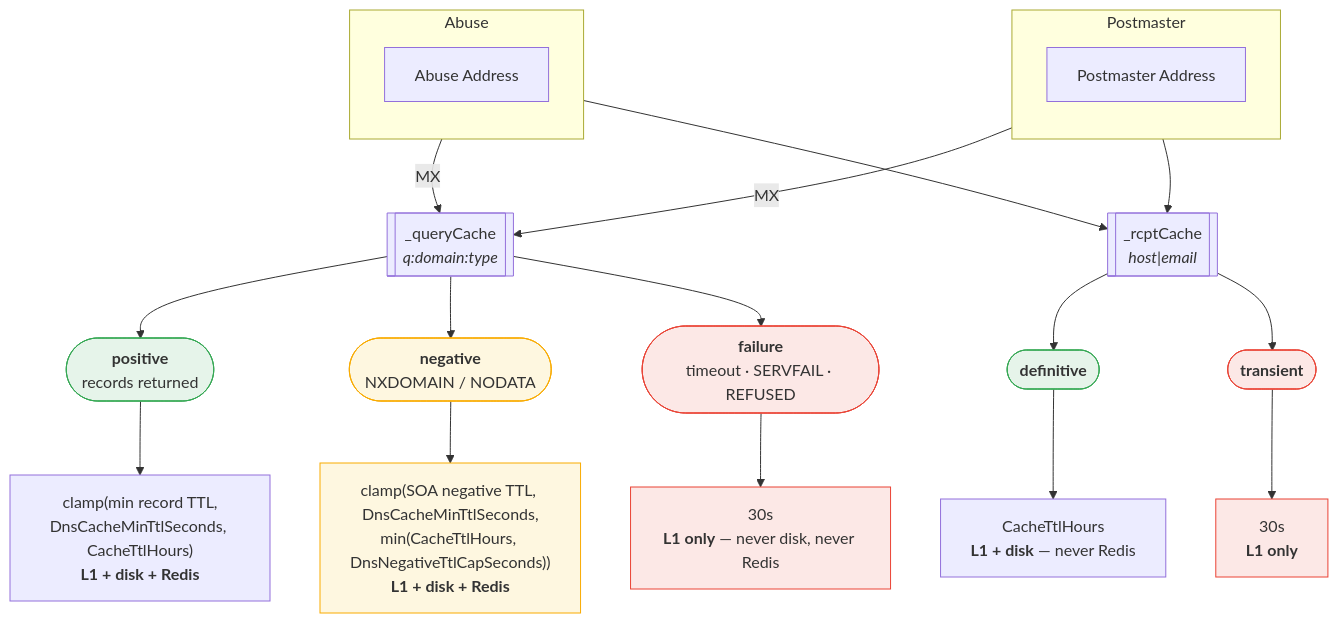
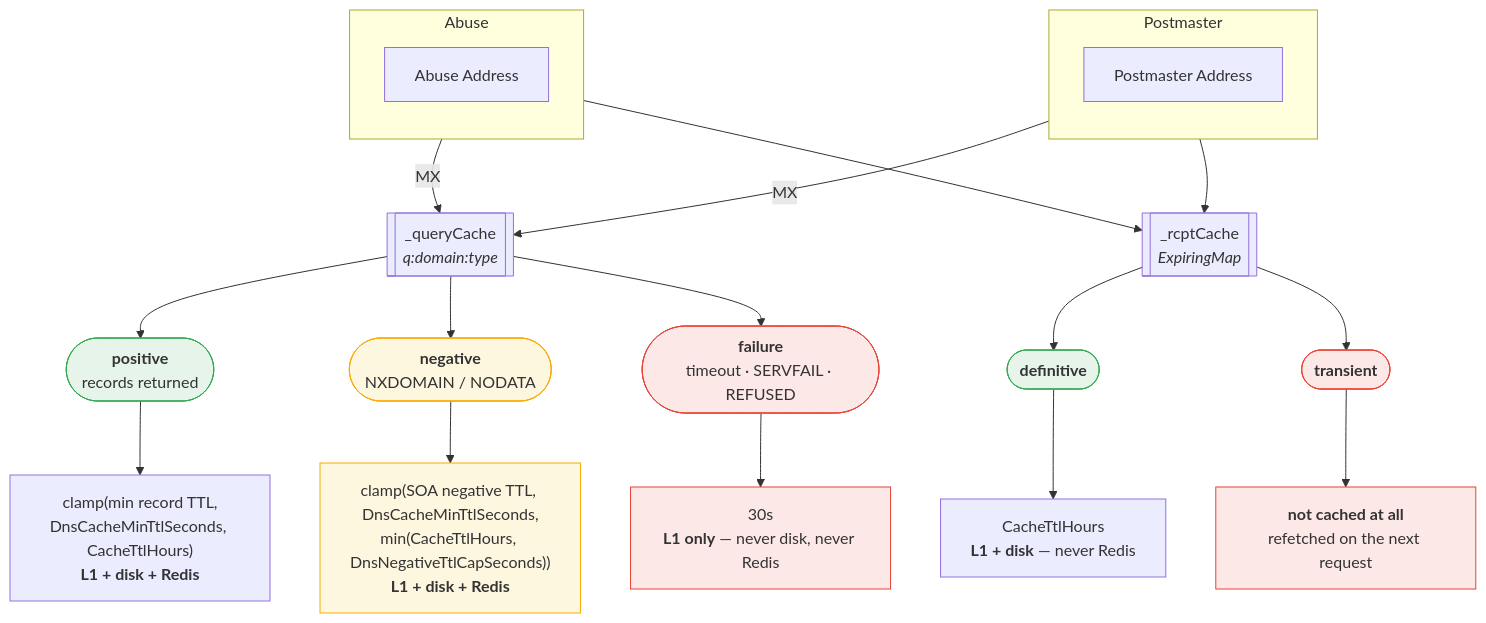
The sixth of 10 diagrams in docs/cache-behaviour-map.md (pkinerd/ednsv), drawn with Mermaid before and after one commit. The commit also changed other lines of this file and 1 other file, not shown here.

First line of the commit message:
Reconcile the cache map against the code, and correct three caches

````diff
--- a/docs/cache-behaviour-map.md
+++ b/docs/cache-behaviour-map.md
@@ -516,45 +534,45 @@
 ```mermaid
 flowchart TD
     subgraph GNPostmaster["Postmaster"]
         direction TB
         NPostmasterAddress["Postmaster Address"]
     end
     subgraph GNAbuse["Abuse"]
         direction TB
         NAbuseAddress["Abuse Address"]
     end
     NqueryCache[["_queryCache<br/><i>q:domain:type</i>"]]
-    NrcptCache[["_rcptCache<br/><i>host|email</i>"]]
+    NrcptCache[["_rcptCache<br/><i>ExpiringMap</i>"]]
     NAbuseAddress -->|"MX"| NqueryCache
     NAbuseAddress --> NrcptCache
     NPostmasterAddress -->|"MX"| NqueryCache
     NPostmasterAddress --> NrcptCache
     RP(["<b>positive</b><br/>records returned"])
     RN(["<b>negative</b><br/>NXDOMAIN / NODATA"])
     RF(["<b>failure</b><br/>timeout · SERVFAIL · REFUSED"])
     LP["clamp(min record TTL,<br/>DnsCacheMinTtlSeconds, CacheTtlHours)<br/><b>L1 + disk + Redis</b>"]
     LN["clamp(SOA negative TTL, DnsCacheMinTtlSeconds,<br/>min(CacheTtlHours, DnsNegativeTtlCapSeconds))<br/><b>L1 + disk + Redis</b>"]
     LF["30s<br/><b>L1 only</b> — never disk, never Redis"]
     RP --> LP
     RN --> LN
     RF --> LF
-    LD(["<b>definitive</b>"])
-    LT(["<b>transient</b>"])
-    LLD["CacheTtlHours<br/><b>L1 + disk</b> — never Redis"]
-    LLT["30s<br/><b>L1 only</b>"]
-    LD --> LLD
-    LT --> LLT
+    ED(["<b>definitive</b>"])
+    ET(["<b>transient</b>"])
+    LED["CacheTtlHours<br/><b>L1 + disk</b> — never Redis"]
+    LET["<b>not cached at all</b><br/>refetched on the next request"]
+    ED --> LED
+    ET --> LET
     NqueryCache --> RP
     NqueryCache --> RN
     NqueryCache --> RF
-    NrcptCache --> LD
-    NrcptCache --> LT
-    style LD fill:#e6f4ea,stroke:#34a853
+    NrcptCache --> ED
+    NrcptCache --> ET
+    style ED fill:#e6f4ea,stroke:#34a853
+    style ET fill:#fce8e6,stroke:#ea4335
+    style LET fill:#fce8e6,stroke:#ea4335
     style LF fill:#fce8e6,stroke:#ea4335
-    style LLT fill:#fce8e6,stroke:#ea4335
     style LN fill:#fef7e0,stroke:#f9ab00
-    style LT fill:#fce8e6,stroke:#ea4335
     style RF fill:#fce8e6,stroke:#ea4335
     style RN fill:#fef7e0,stroke:#f9ab00
     style RP fill:#e6f4ea,stroke:#34a853
 ```
````
